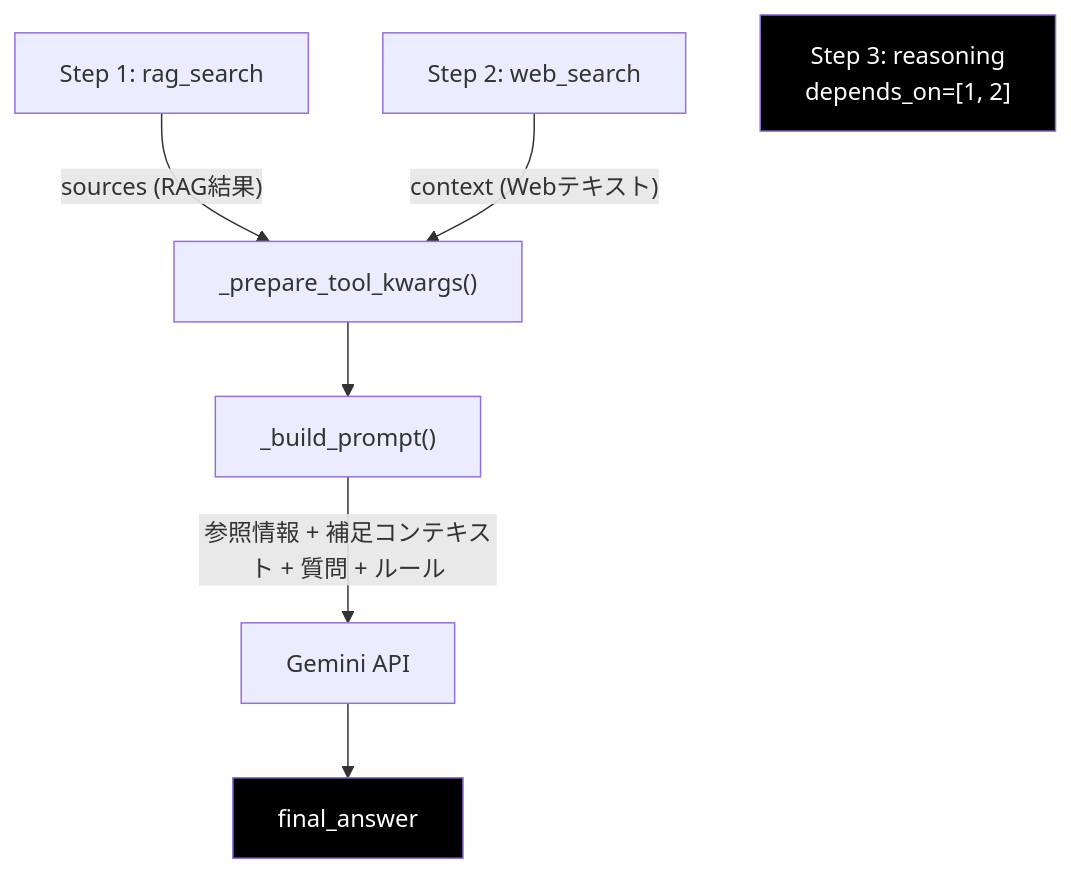
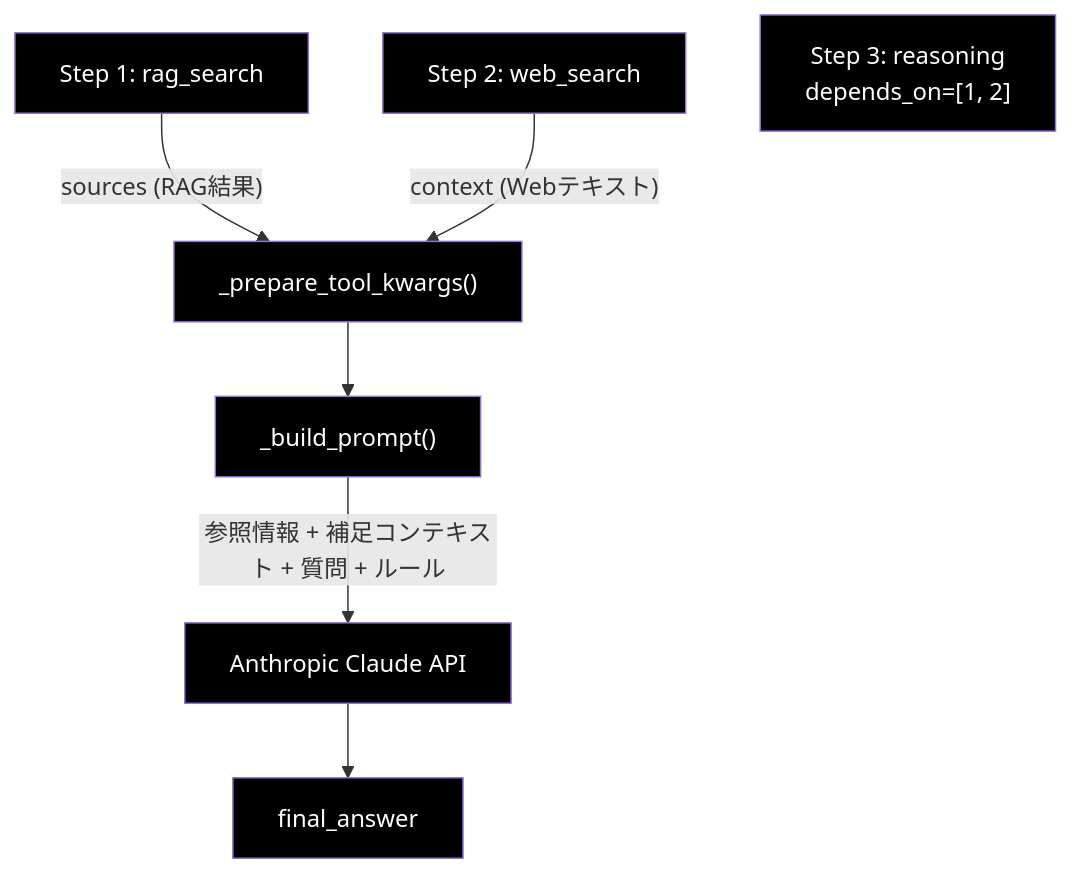
The sixth of 6 diagrams in grace/doc/reasoning.md (nakashima2toshio/anthropic_grace_agent), drawn with Mermaid before and after one commit. The commit also changed other lines of this file and 18 other files, not shown here.

````diff
--- a/grace/doc/reasoning.md
+++ b/grace/doc/reasoning.md
@@ -729,15 +793,20 @@
 ```mermaid
 flowchart TB
     S1["Step 1: rag_search"]
     S2["Step 2: web_search"]
     S3["Step 3: reasoning<br>depends_on=[1, 2]"]
 
     S1 --> |"sources (RAG結果)"| PREP3["_prepare_tool_kwargs()"]
     S2 --> |"context (Webテキスト)"| PREP3
     PREP3 --> BUILD3["_build_prompt()"]
-    BUILD3 --> |"参照情報 + 補足コンテキスト + 質問 + ルール"| GEMINI3["Gemini API"]
-    GEMINI3 --> FINAL3["final_answer"]
+    BUILD3 --> |"参照情報 + 補足コンテキスト + 質問 + ルール"| ANTHROPIC3["Anthropic Claude API"]
+    ANTHROPIC3 --> FINAL3["final_answer"]
 
+    style S1 fill:#000,color:#fff
+    style S2 fill:#000,color:#fff
     style S3 fill:#000,color:#fff
+    style PREP3 fill:#000,color:#fff
+    style BUILD3 fill:#000,color:#fff
+    style ANTHROPIC3 fill:#000,color:#fff
     style FINAL3 fill:#000,color:#fff
 ```
````
